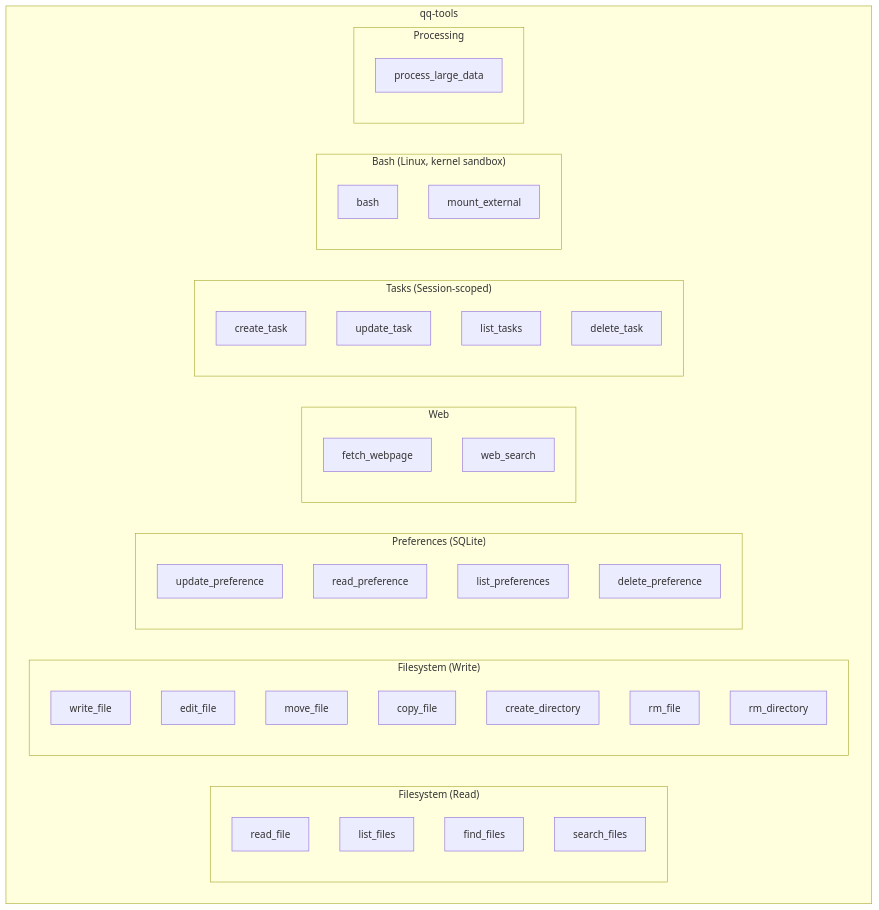
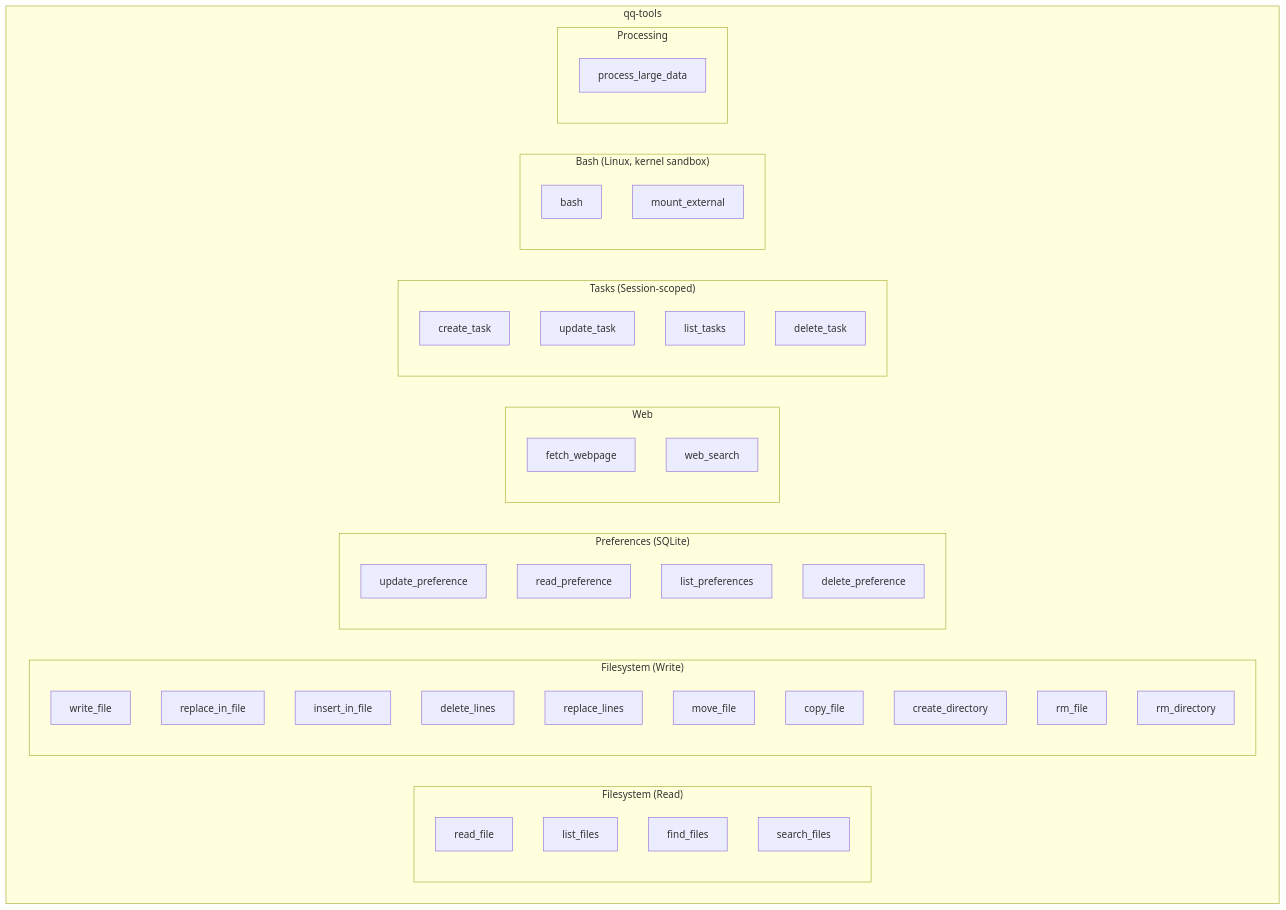
The ninth of 37 diagrams in docs/ARCHITECTURE.md (Refefer/quick-query-rs), drawn with Mermaid before and after one commit. The commit also changed other lines of this file and 9 other files, not shown here.

First line of the commit message:
Replace edit_file with 4 flat-schema file editing tools

````diff
--- a/docs/ARCHITECTURE.md
+++ b/docs/ARCHITECTURE.md
@@ -499,49 +499,52 @@
 ```mermaid
 graph TD
     subgraph "qq-tools"
         subgraph "Filesystem (Read)"
             RF[read_file]
             LF[list_files]
             FF[find_files]
             SF[search_files]
         end
 
         subgraph "Filesystem (Write)"
             WF[write_file]
-            EF[edit_file]
+            RIF[replace_in_file]
+            IIF[insert_in_file]
+            DL[delete_lines]
+            RL[replace_lines]
             MF[move_file]
             CF[copy_file]
             CD[create_directory]
             RMF[rm_file]
             RMD[rm_directory]
         end
 
         subgraph "Preferences (SQLite)"
             AM[update_preference]
             RM[read_preference]
             LM[list_preferences]
             DM[delete_preference]
         end
 
         subgraph "Web"
             FW[fetch_webpage]
             WS[web_search]
         end
 
         subgraph "Tasks (Session-scoped)"
             CT[create_task]
             UT[update_task]
             LT[list_tasks]
             DT[delete_task]
         end
 
         subgraph "Bash (Linux, kernel sandbox)"
             BASH[bash]
             ME[mount_external]
         end
 
         subgraph "Processing"
             PLD[process_large_data]
         end
     end
 ```
````
